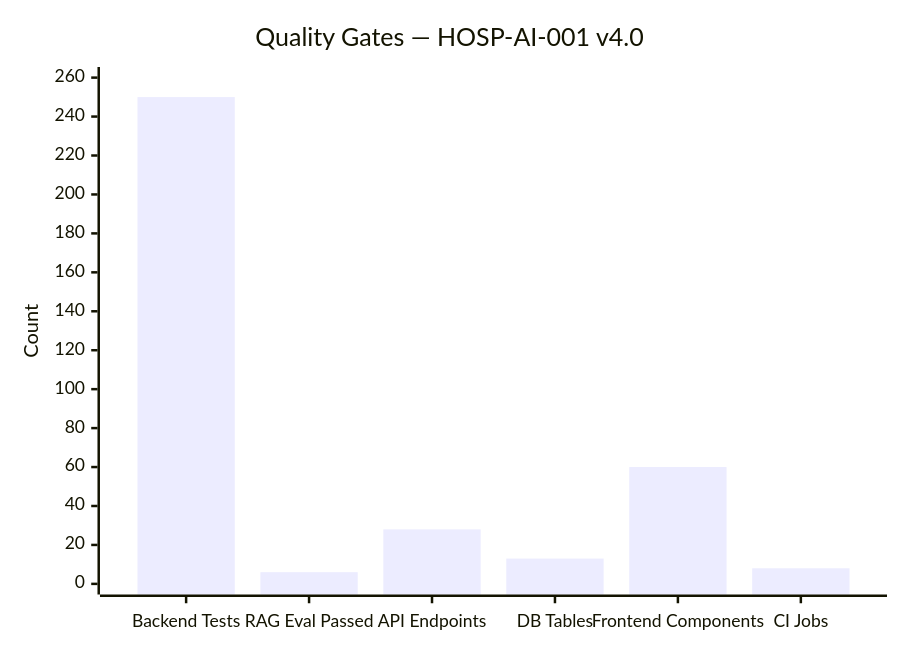
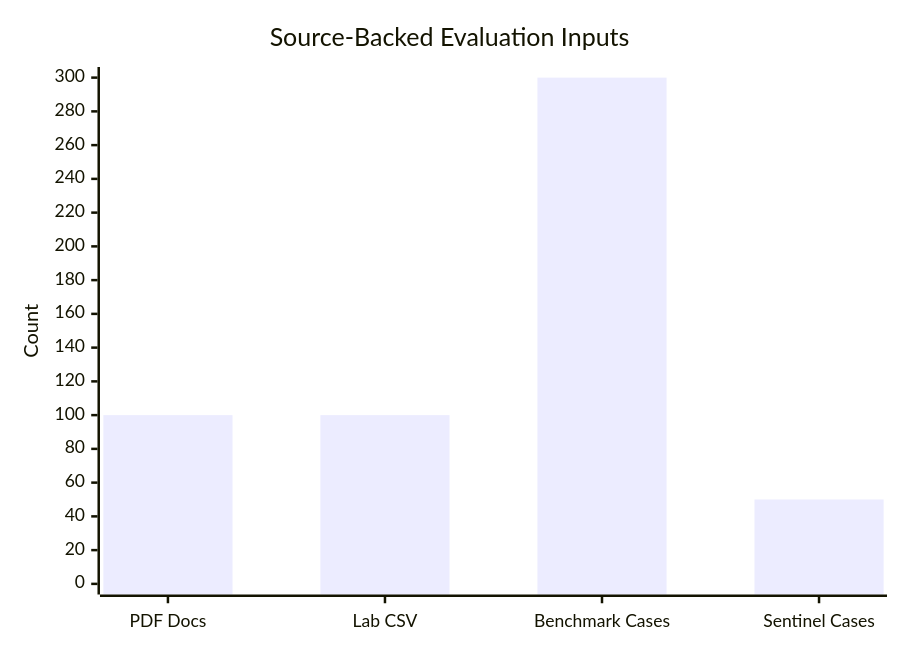
Before and after one commit to qwan30/chat-hospital-system: the sixth of 8 diagrams in README.md, drawn with Mermaid. The commit also changed other lines of this file and 4 other files, not shown here.

Commit message:
ci: enforce source-backed AI evaluation

````diff
--- a/README.md
+++ b/README.md
@@ -394,7 +394,7 @@
 ```mermaid
 xychart-beta
-    title "Quality Gates — HOSP-AI-001 v4.0"
-    x-axis ["Backend Tests", "RAG Eval Passed", "API Endpoints", "DB Tables", "Frontend Components", "CI Jobs"]
-    y-axis "Count" 0 --> 260
-    bar [250, 6, 28, 13, 60, 8]
+    title "Source-Backed Evaluation Inputs"
+    x-axis ["PDF Docs", "Lab CSV", "Benchmark Cases", "Sentinel Cases"]
+    y-axis "Count" 0 --> 300
+    bar [100, 100, 300, 50]
 ```
````
